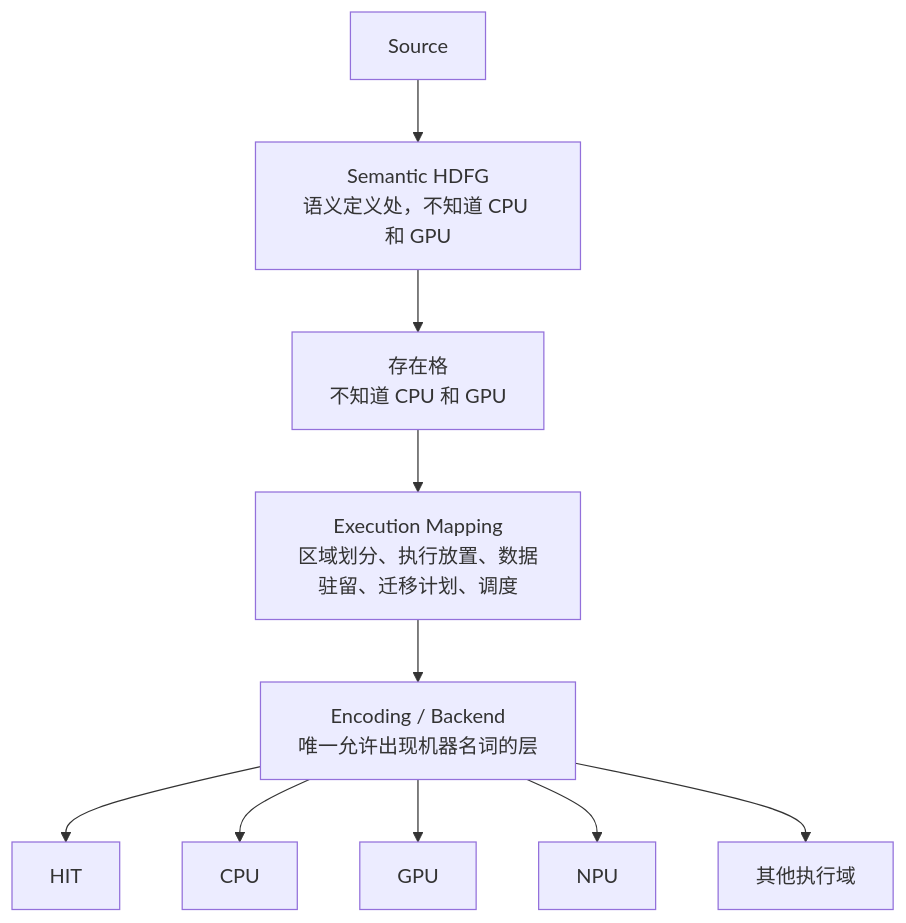
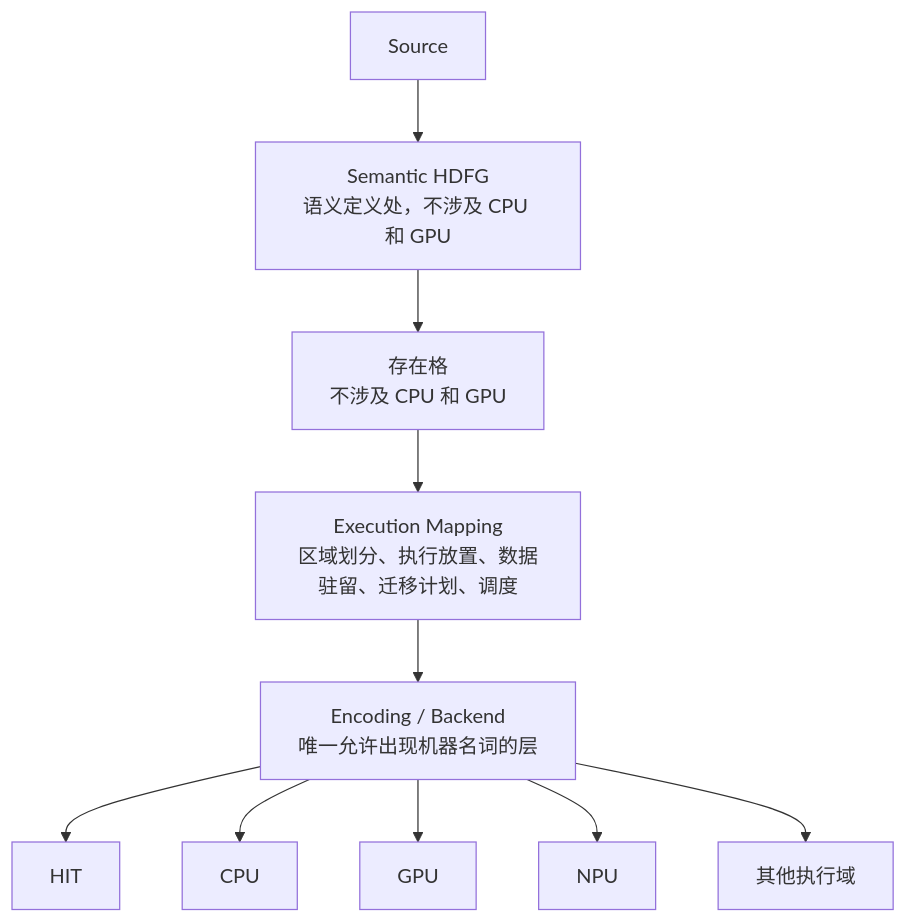
One commit to dslsdzc/core changed the first of 2 diagrams in docs/maintainer/design/execution-mapping-design.md. Above: the diagram before and after it, drawn with Mermaid. The commit also changed other lines of this file and 70 other files, not shown here.

````diff
--- a/docs/maintainer/design/execution-mapping-design.md
+++ b/docs/maintainer/design/execution-mapping-design.md
@@ -11,12 +13,12 @@
 ```mermaid
 flowchart TD
-    SRC["Source"] --> HDFG["Semantic HDFG<br/>语义定义处，不知道 CPU 和 GPU"]
-    HDFG --> LAT["存在格<br/>不知道 CPU 和 GPU"]
+    SRC["Source"] --> HDFG["Semantic HDFG<br/>语义定义处，不涉及 CPU 和 GPU"]
+    HDFG --> LAT["存在格<br/>不涉及 CPU 和 GPU"]
     LAT --> MAP["Execution Mapping<br/>区域划分、执行放置、数据驻留、迁移计划、调度"]
     MAP --> ENC["Encoding / Backend<br/>唯一允许出现机器名词的层"]
     ENC --> HIT["HIT"]
     ENC --> CPU["CPU"]
     ENC --> GPU["GPU"]
     ENC --> NPU["NPU"]
     ENC --> OTHER["其他执行域"]
 ```
````
